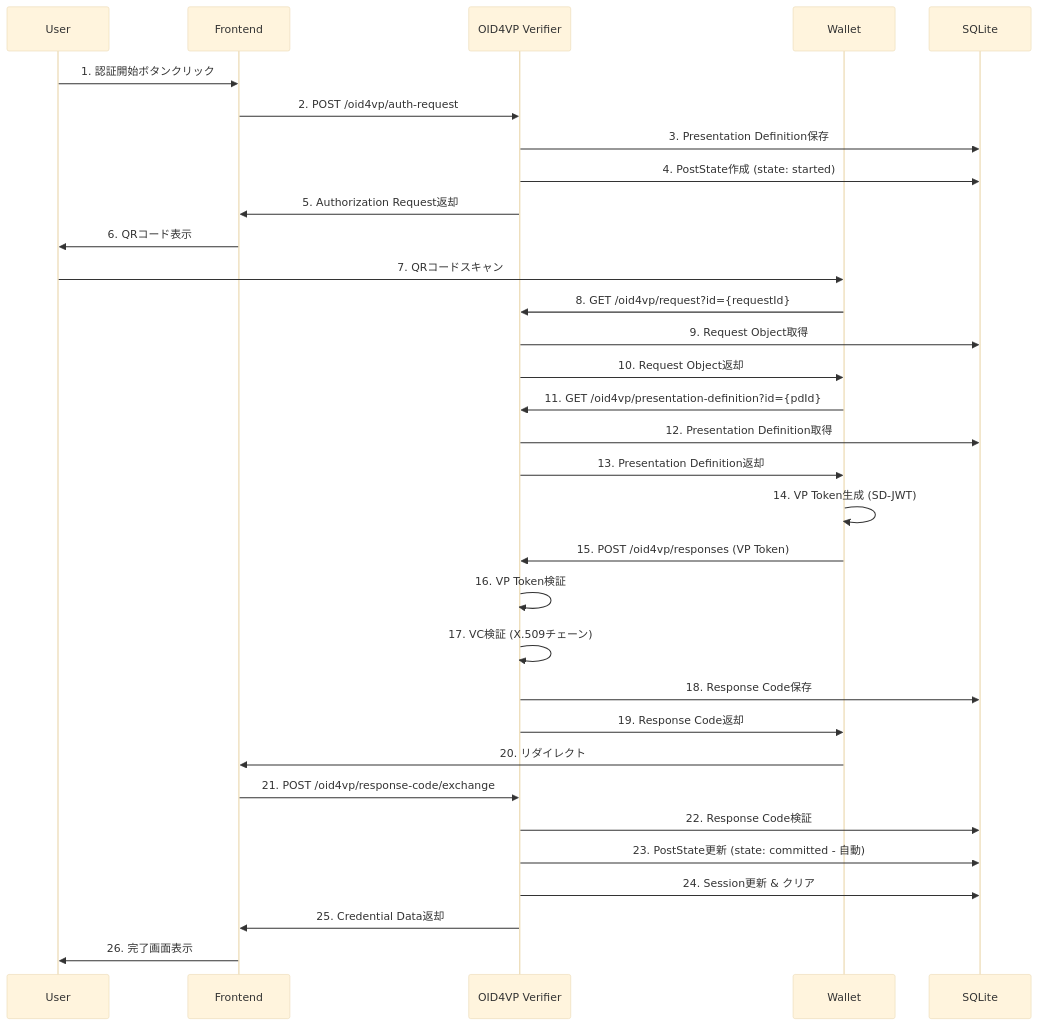
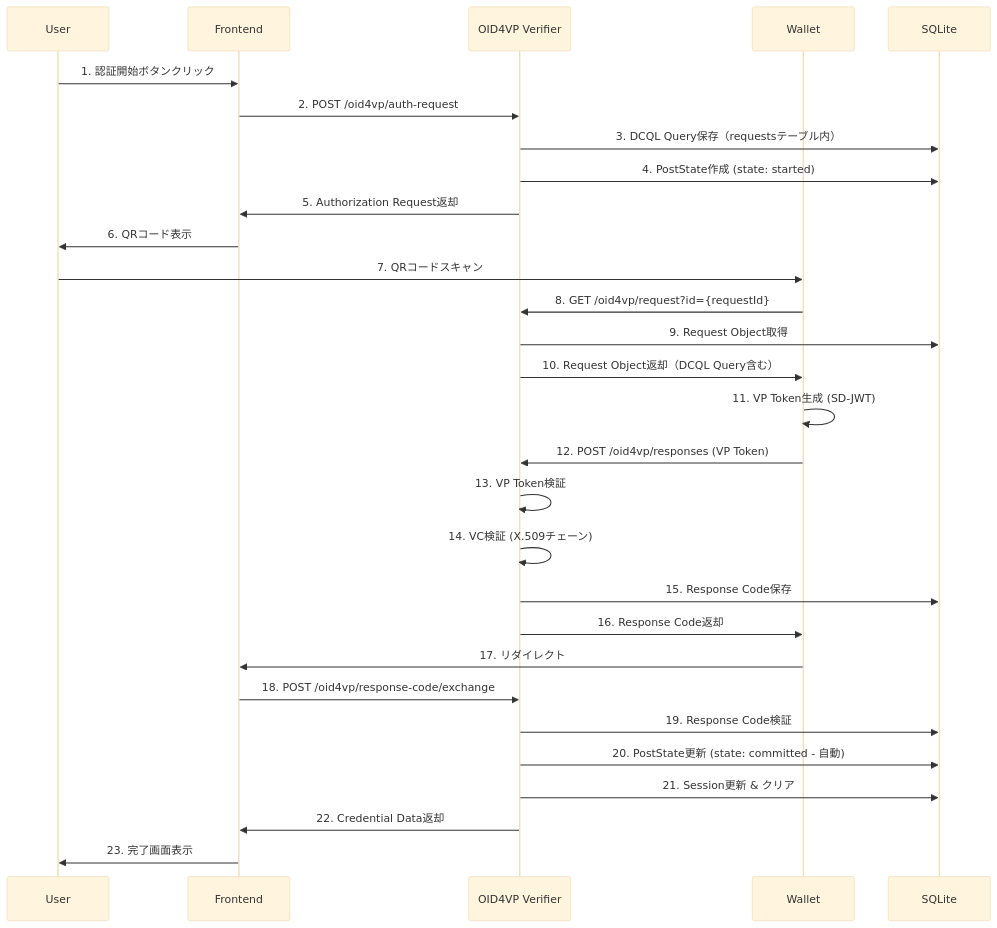
Before and after one commit to OWND-Project/OWND-Project-VP: the first of 2 diagrams in docs/oid4vp-implementation.md, drawn with Mermaid (base theme). The commit also changed other lines of this file, not shown here.

Commit message:
docs: update OID4VP implementation guide from PEX to DCQL
Major changes:
- Updated Request Object sample code to remove presentationDefinitionId parameter
- Replaced presentation_definition_uri with dcql_query in Request Object JWT payload
- Updated DCQL Query structure with credentials array format
- Marked OID4VP_PRESENTATION_DEFINITION_URI env var as deprecated
- Updated sequence diagram to remove Presentation Definition retrieval step
- Renumbered sequence diagram steps after removing PEX-related steps
- Updated notes to clarify DCQL Query is embedded in Request Object

🤖 Generated with [Claude Code](https://claude.com/claude-code)

````diff
--- a/docs/oid4vp-implementation.md
+++ b/docs/oid4vp-implementation.md
@@ -700,40 +711,36 @@
 ```mermaid
 sequenceDiagram
     participant U as User
     participant F as Frontend
     participant V as OID4VP Verifier
     participant W as Wallet
     participant DB as SQLite
 
     U->>F: 1. 認証開始ボタンクリック
     F->>V: 2. POST /oid4vp/auth-request
-    V->>DB: 3. Presentation Definition保存
+    V->>DB: 3. DCQL Query保存（requestsテーブル内）
     V->>DB: 4. PostState作成 (state: started)
     V->>F: 5. Authorization Request返却
     F->>U: 6. QRコード表示
 
     U->>W: 7. QRコードスキャン
     W->>V: 8. GET /oid4vp/request?id={requestId}
     V->>DB: 9. Request Object取得
-    V->>W: 10. Request Object返却
+    V->>W: 10. Request Object返却（DCQL Query含む）
 
-    W->>V: 11. GET /oid4vp/presentation-definition?id={pdId}
-    V->>DB: 12. Presentation Definition取得
-    V->>W: 13. Presentation Definition返却
+    W->>W: 11. VP Token生成 (SD-JWT)
+    W->>V: 12. POST /oid4vp/responses (VP Token)
+    V->>V: 13. VP Token検証
+    V->>V: 14. VC検証 (X.509チェーン)
+    V->>DB: 15. Response Code保存
+    V->>W: 16. Response Code返却
 
-    W->>W: 14. VP Token生成 (SD-JWT)
-    W->>V: 15. POST /oid4vp/responses (VP Token)
-    V->>V: 16. VP Token検証
-    V->>V: 17. VC検証 (X.509チェーン)
-    V->>DB: 18. Response Code保存
-    V->>W: 19. Response Code返却
+    W->>F: 17. リダイレクト
+    F->>V: 18. POST /oid4vp/response-code/exchange
+    V->>DB: 19. Response Code検証
+    V->>DB: 20. PostState更新 (state: committed - 自動)
+    V->>DB: 21. Session更新 & クリア
+    V->>F: 22. Credential Data返却
 
-    W->>F: 20. リダイレクト
-    F->>V: 21. POST /oid4vp/response-code/exchange
-    V->>DB: 22. Response Code検証
-    V->>DB: 23. PostState更新 (state: committed - 自動)
-    V->>DB: 24. Session更新 & クリア
-    V->>F: 25. Credential Data返却
-
-    F->>U: 26. 完了画面表示
+    F->>U: 23. 完了画面表示
 ```
````
